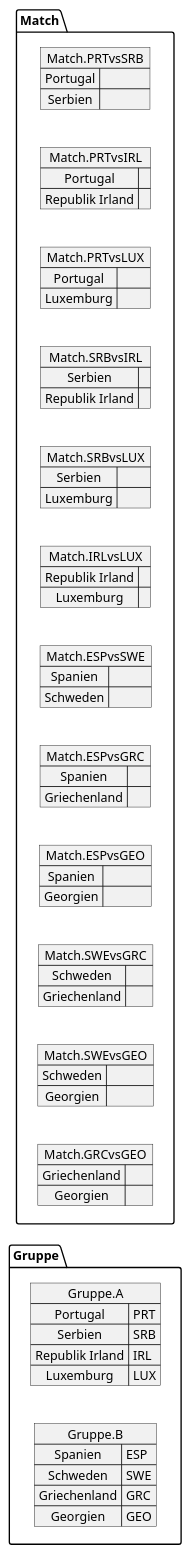
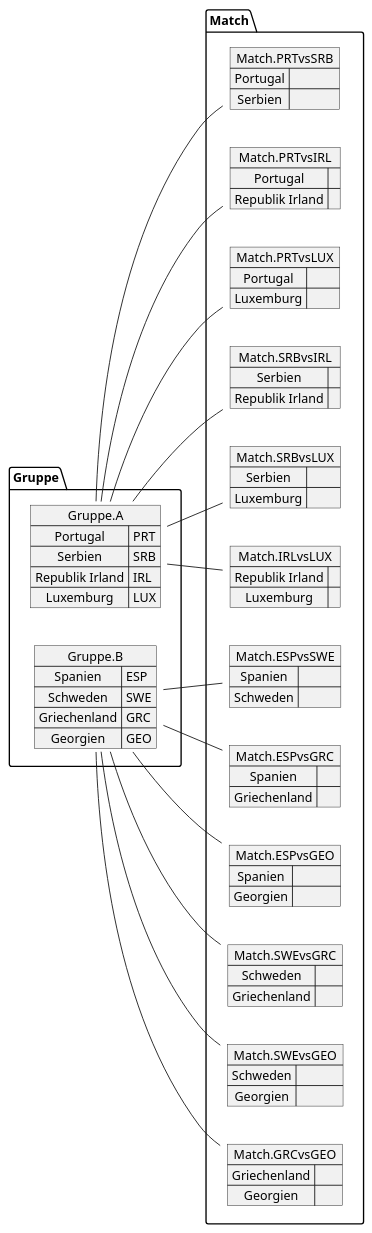
The diagram in asciidocs/plantuml/ResultGP.puml (htl-leonding-project/2022-4ahif-autohaus), drawn with PlantUML before and after one commit. The commit also changed 5 other files, not shown here.

```diff
--- a/asciidocs/plantuml/ResultGP.puml
+++ b/asciidocs/plantuml/ResultGP.puml
@@ -1,76 +1,88 @@
 @startuml
 left to right direction
 
 map Gruppe.A {
 Portugal=>PRT
 Serbien=>SRB
 Republik Irland=>IRL
 Luxemburg=>LUX
 }
 
 map Gruppe.B {
 Spanien=>ESP
 Schweden=>SWE
 Griechenland=>GRC
 Georgien=>GEO
 }
 map Match.PRTvsSRB {
 Portugal =>
 Serbien =>
 }
 
 map Match.PRTvsIRL {
 Portugal =>
 Republik Irland =>
 }
 
 map Match.PRTvsLUX {
 Portugal =>
 Luxemburg =>
 }
 
 map Match.SRBvsIRL {
 Serbien =>
 Republik Irland =>
 }
 
 map Match.SRBvsLUX {
 Serbien =>
 Luxemburg =>
 }
 
 map Match.IRLvsLUX {
 Republik Irland =>
 Luxemburg =>
 }
 map Match.ESPvsSWE {
 Spanien =>
 Schweden =>
 }
 
 map Match.ESPvsGRC {
 Spanien =>
 Griechenland =>
 }
 
 map Match.ESPvsGEO {
 Spanien =>
 Georgien =>
 }
 
 map Match.SWEvsGRC {
 Schweden =>
 Griechenland =>
 }
 
 map Match.SWEvsGEO {
 Schweden =>
 Georgien =>
 }
 
 map Match.GRCvsGEO {
 Griechenland =>
 Georgien =>
 }
+Gruppe.A -- Match.PRTvsSRB
+Gruppe.A -- Match.PRTvsIRL
+Gruppe.A -- Match.PRTvsLUX
+Gruppe.A -- Match.SRBvsIRL
+Gruppe.A -- Match.SRBvsLUX
+Gruppe.A -- Match.IRLvsLUX
+Gruppe.B -- Match.ESPvsSWE
+Gruppe.B -- Match.ESPvsGRC
+Gruppe.B -- Match.ESPvsGEO
+Gruppe.B -- Match.SWEvsGRC
+Gruppe.B -- Match.SWEvsGEO
+Gruppe.B -- Match.GRCvsGEO
 
 @enduml
```
